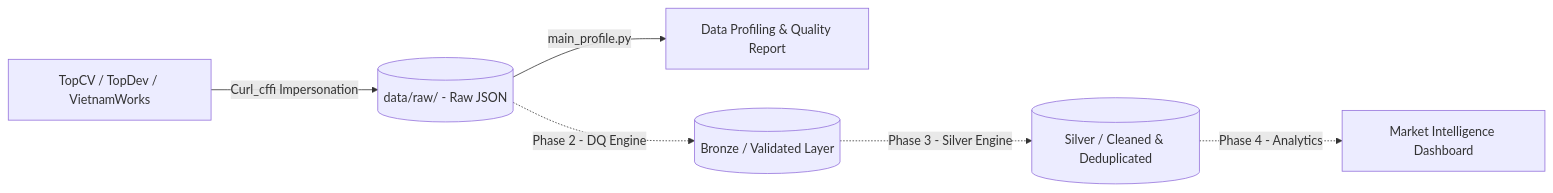
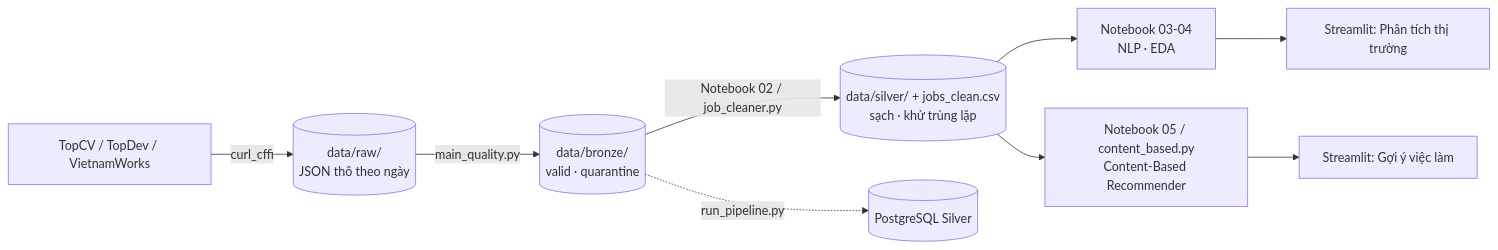
The diagram in README.md (doanquangminh14/IT-Job-Market-Intelligence), drawn with Mermaid before and after one commit. The commit also changed other lines of this file and 2 other files, not shown here.

First line of the commit message:
docs: cập nhật README theo kiến trúc và kết quả hiện tại

````diff
--- a/README.md
+++ b/README.md
@@ -24,8 +23,11 @@
 ```mermaid
 flowchart LR
-    A[TopCV / TopDev / VietnamWorks] -->|Curl_cffi Impersonation| B[(data/raw/ - Raw JSON)]
-    B -->|main_profile.py| C[Data Profiling & Quality Report]
-    B -.->|Phase 2 - DQ Engine| D[(Bronze / Validated Layer)]
-    D -.->|Phase 3 - Silver Engine| E[(Silver / Cleaned & Deduplicated)]
-    E -.->|Phase 4 - Analytics| F[Market Intelligence Dashboard]
+    A[TopCV / TopDev / VietnamWorks] -->|curl_cffi| B[(data/raw/<br/>JSON thô theo ngày)]
+    B -->|main_quality.py| C[(data/bronze/<br/>valid · quarantine)]
+    C -->|Notebook 02 / job_cleaner.py| D[(data/silver/ + jobs_clean.csv<br/>sạch · khử trùng lặp)]
+    C -.->|run_pipeline.py| P[(PostgreSQL Silver)]
+    D --> E[Notebook 03-04<br/>NLP · EDA]
+    D --> F[Notebook 05 / content_based.py<br/>Content-Based Recommender]
+    E --> G[Streamlit: Phân tích thị trường]
+    F --> H[Streamlit: Gợi ý việc làm]
 ```
````
